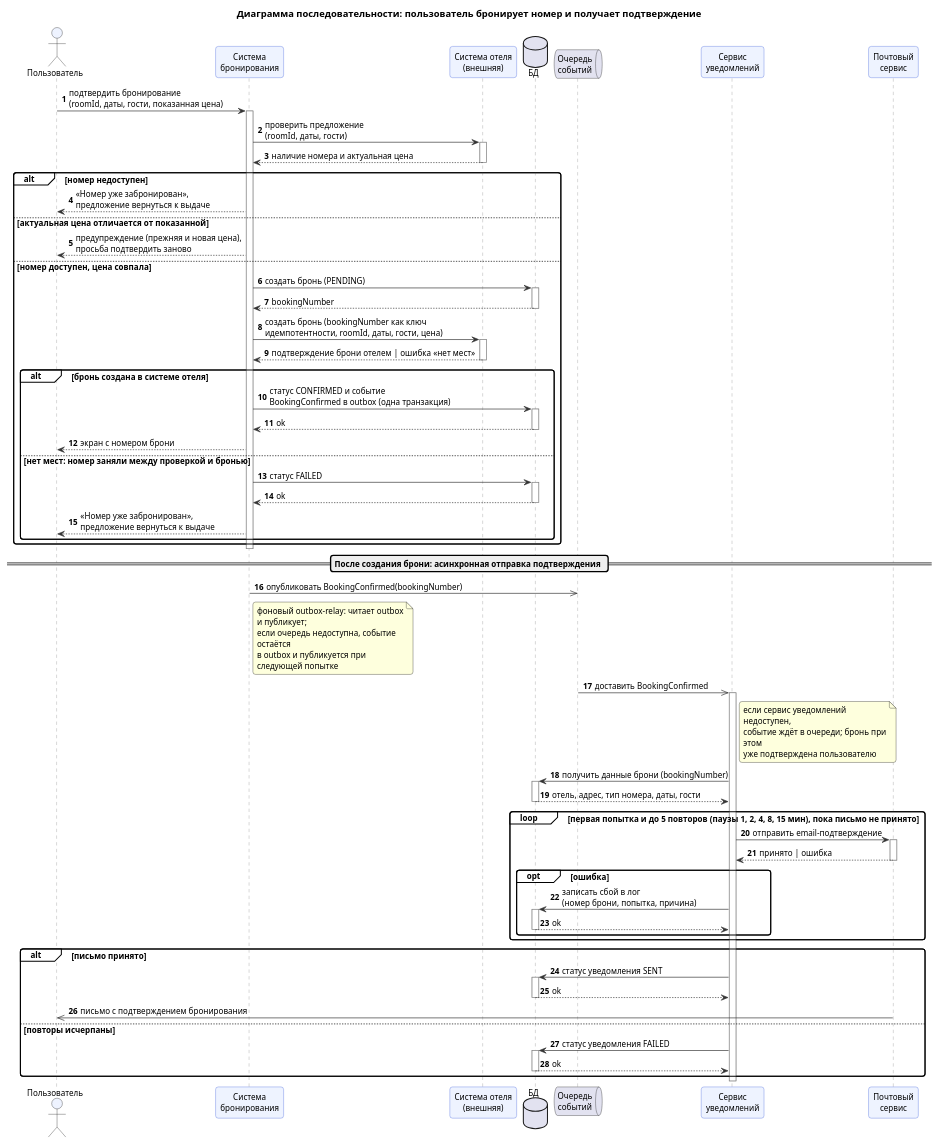
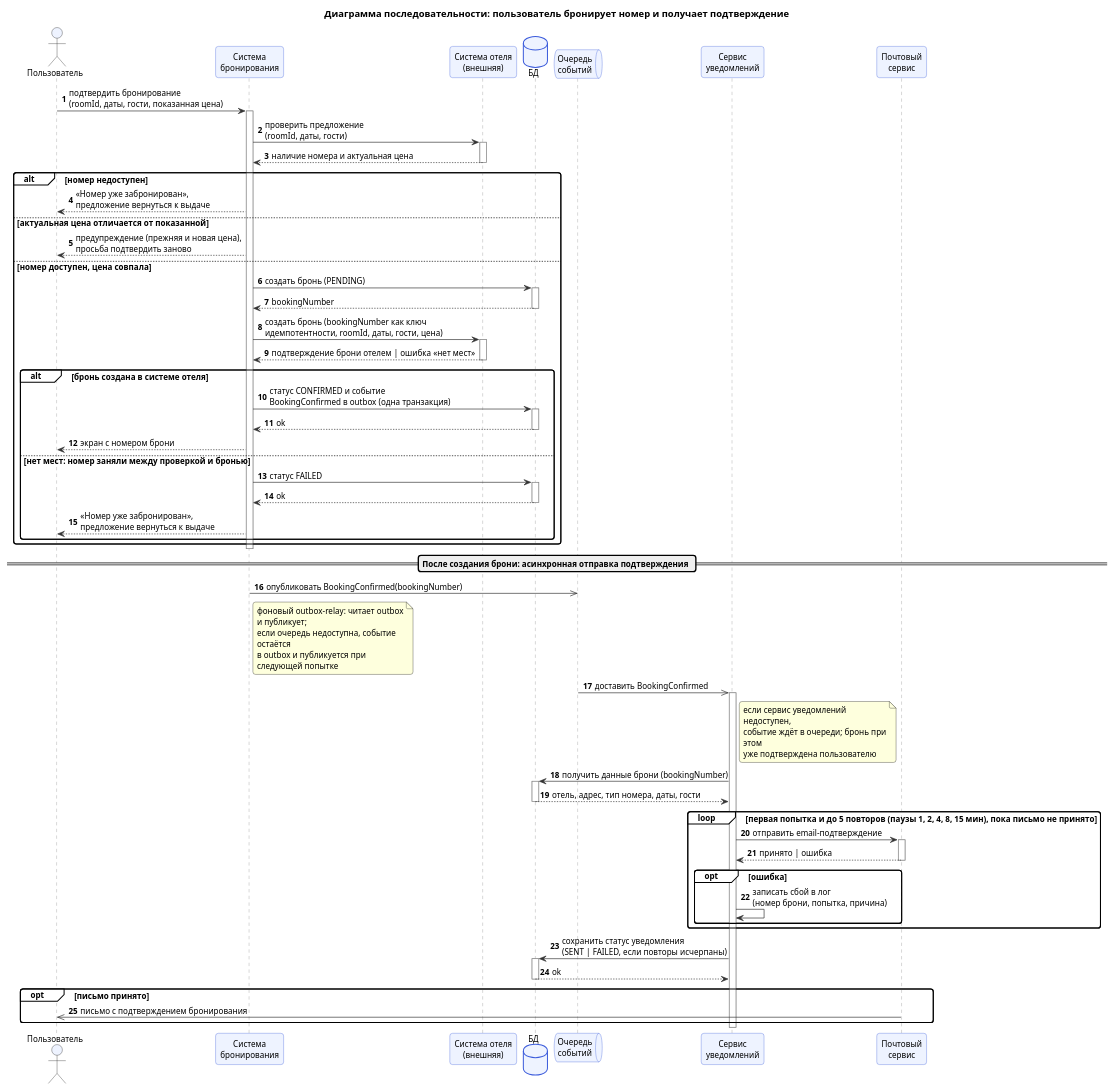
Before and after one commit to Remsely/cu-system-analysis: the diagram in hw2/1_3_sequence.puml, drawn with PlantUML. The commit also changed 1 other file, not shown here.

Commit message:
refactor: trim sequence to 25 messages, align lane name and colors
- Failure logging is a self-message of the notification service,
  not a DB call; the final SENT/FAILED status is one write, and the
  email to the user is an opt on acceptance (28 -> 25 messages).
- Database and queue participants use the same colors as the others.
- Activity lane "Система" renamed to "Система бронирования" to match
  the sequence participant and the use case boundary.

Claude-Session: https://claude.ai/code/session_01GqxdLWzwTh89iq96gpoYoC

```diff
--- a/hw2/1_3_sequence.puml
+++ b/hw2/1_3_sequence.puml
@@ -1,105 +1,105 @@
 @startuml
 skinparam shadowing false
 skinparam defaultFontSize 12
 skinparam backgroundColor white
 skinparam roundCorner 8
 skinparam ArrowColor #333333
 skinparam wrapWidth 220
 title Диаграмма последовательности: пользователь бронирует номер и получает подтверждение
 skinparam sequence {
   ParticipantBackgroundColor #EEF3FF
   ParticipantBorderColor #3B5BDB
   ActorBackgroundColor #EEF3FF
   LifeLineBorderColor #888888
   GroupBackgroundColor #FFFFFF
+}
+skinparam database {
+  BackgroundColor #EEF3FF
+  BorderColor #3B5BDB
+}
+skinparam queue {
+  BackgroundColor #EEF3FF
+  BorderColor #3B5BDB
 }
 autonumber "<b>0"
 actor "Пользователь" as U
 participant "Система\nбронирования" as W
 participant "Система отеля\n(внешняя)" as H
 database "БД" as DB
 queue "Очередь\nсобытий" as Q
 participant "Сервис\nуведомлений" as N
 participant "Почтовый\nсервис" as M
 
 U -> W : подтвердить бронирование\n(roomId, даты, гости, показанная цена)
 activate W
 W -> H : проверить предложение\n(roomId, даты, гости)
 activate H
 H --> W : наличие номера и актуальная цена
 deactivate H
 
 alt номер недоступен
   W --> U : «Номер уже забронирован»,\nпредложение вернуться к выдаче
 else актуальная цена отличается от показанной
   W --> U : предупреждение (прежняя и новая цена),\nпросьба подтвердить заново
 else номер доступен, цена совпала
   W -> DB : создать бронь (PENDING)
   activate DB
   DB --> W : bookingNumber
   deactivate DB
   W -> H : создать бронь (bookingNumber как ключ\nидемпотентности, roomId, даты, гости, цена)
   activate H
   H --> W : подтверждение брони отелем | ошибка «нет мест»
   deactivate H
   alt бронь создана в системе отеля
     W -> DB : статус CONFIRMED и событие\nBookingConfirmed в outbox (одна транзакция)
     activate DB
     DB --> W : ok
     deactivate DB
     W --> U : экран с номером брони
   else нет мест: номер заняли между проверкой и бронью
     W -> DB : статус FAILED
     activate DB
     DB --> W : ok
     deactivate DB
     W --> U : «Номер уже забронирован»,\nпредложение вернуться к выдаче
   end
 end
 deactivate W
 
 == После создания брони: асинхронная отправка подтверждения ==
 
 W ->> Q : опубликовать BookingConfirmed(bookingNumber)
 note right of W
   фоновый outbox-relay: читает outbox и публикует;
   если очередь недоступна, событие остаётся
   в outbox и публикуется при следующей попытке
 end note
 Q ->> N : доставить BookingConfirmed
 note right of N
   если сервис уведомлений недоступен,
   событие ждёт в очереди; бронь при этом
   уже подтверждена пользователю
 end note
 activate N
 N -> DB : получить данные брони (bookingNumber)
 activate DB
 DB --> N : отель, адрес, тип номера, даты, гости
 deactivate DB
 loop первая попытка и до 5 повторов (паузы 1, 2, 4, 8, 15 мин), пока письмо не принято
   N -> M : отправить email-подтверждение
   activate M
   M --> N : принято | ошибка
   deactivate M
   opt ошибка
-    N -> DB : записать сбой в лог\n(номер брони, попытка, причина)
-    activate DB
-    DB --> N : ok
-    deactivate DB
+    N -> N : записать сбой в лог\n(номер брони, попытка, причина)
   end
 end
-alt письмо принято
-  N -> DB : статус уведомления SENT
-  activate DB
-  DB --> N : ok
-  deactivate DB
+N -> DB : сохранить статус уведомления\n(SENT | FAILED, если повторы исчерпаны)
+activate DB
+DB --> N : ok
+deactivate DB
+opt письмо принято
   M ->> U : письмо с подтверждением бронирования
-else повторы исчерпаны
-  N -> DB : статус уведомления FAILED
-  activate DB
-  DB --> N : ok
-  deactivate DB
 end
 deactivate N
 @enduml
```
